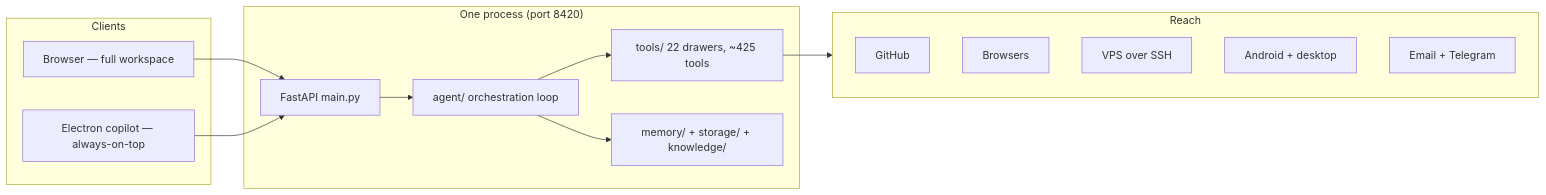
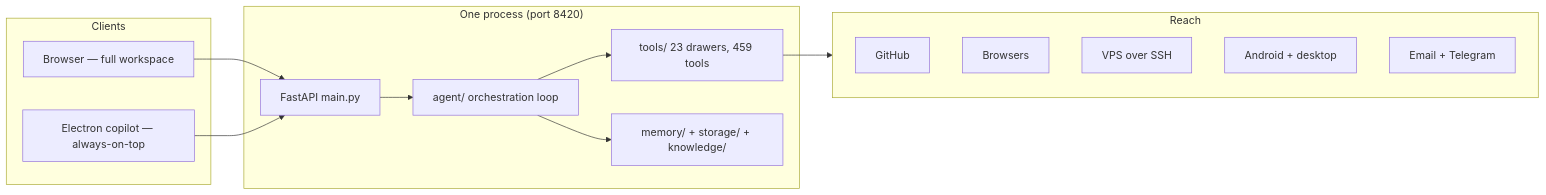
One commit to engrix/engrix-agent-docs changed the diagram in en/architecture/overview.md. Above: the diagram before and after it, drawn with Mermaid. The commit also changed other lines of this file and 13 other files, not shown here.

````diff
--- a/en/architecture/overview.md
+++ b/en/architecture/overview.md
@@ -44,26 +44,26 @@
 ```mermaid
 flowchart LR
     subgraph clients["Clients"]
         B["Browser — full workspace"]
         D["Electron copilot — always-on-top"]
     end
     subgraph engine["One process (port 8420)"]
         M["FastAPI main.py"]
         A["agent/ orchestration loop"]
-        T["tools/ 22 drawers, ~425 tools"]
+        T["tools/ 23 drawers, 459 tools"]
         MEM["memory/ + storage/ + knowledge/"]
     end
     subgraph externals["Reach"]
         GH["GitHub"]
         BR["Browsers"]
         VP["VPS over SSH"]
         DV["Android + desktop"]
         EM["Email + Telegram"]
     end
     B --> M
     D --> M
     M --> A
     A --> T
     A --> MEM
     T --> externals
 ```
````
